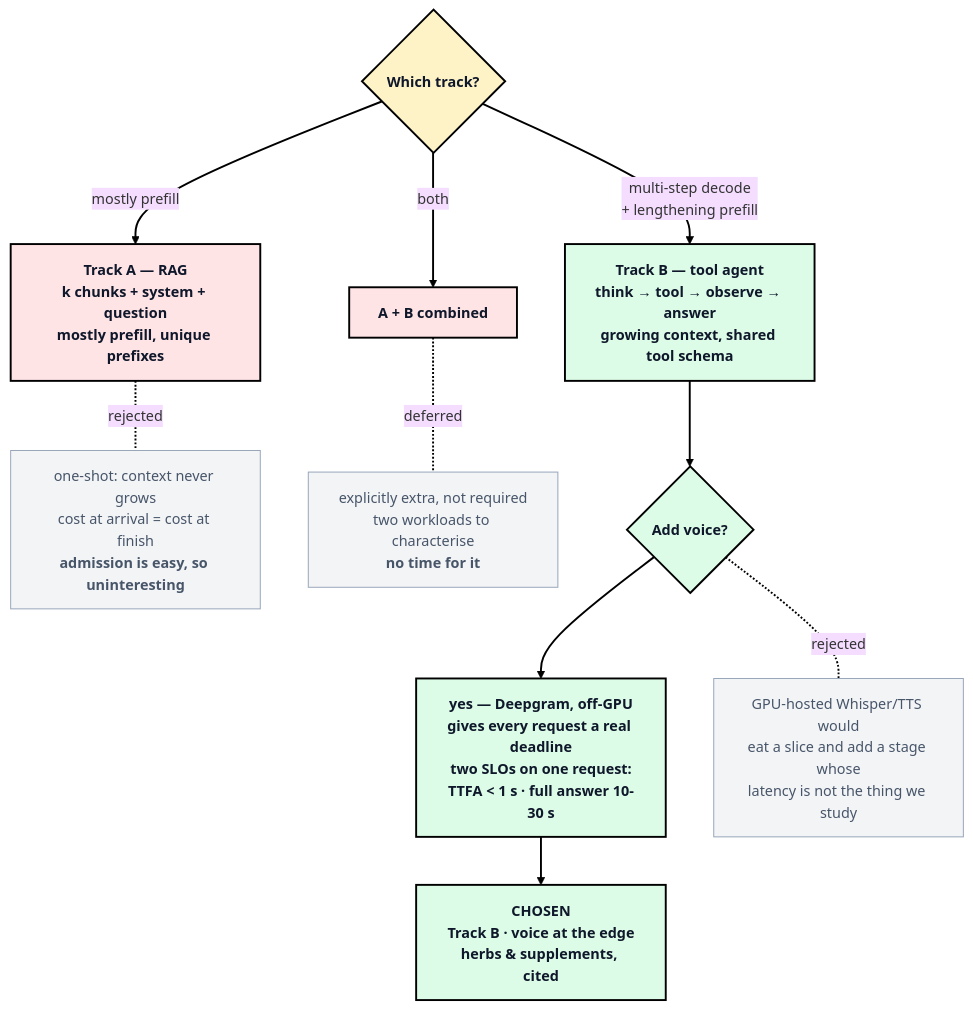
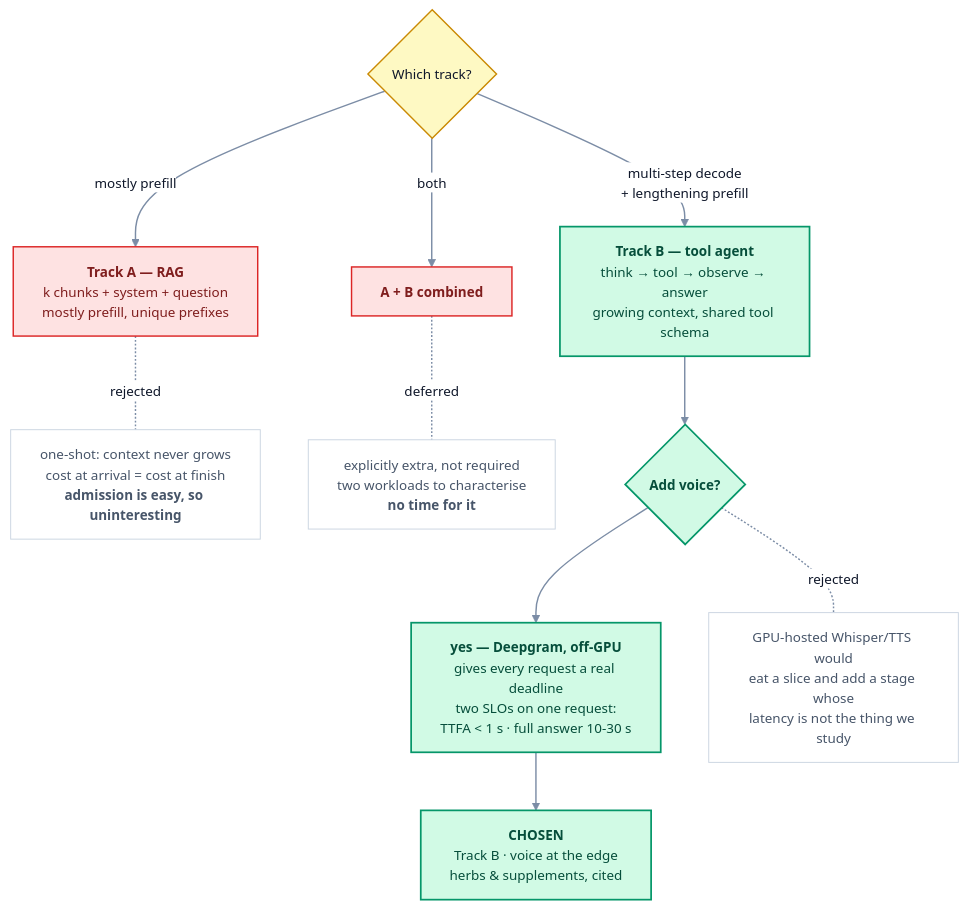
The second of 7 diagrams in SUBMISSION.md (harshuljain13/Dodona), drawn with Mermaid before and after one commit. The commit also changed other lines of this file and 15 other files, not shown here.

````diff
--- a/SUBMISSION.md
+++ b/SUBMISSION.md
@@ -210,36 +214,55 @@
 ```mermaid
-%%{init: {'theme':'base','themeVariables':{'fontFamily':'Inter, Segoe UI, Helvetica Neue, Arial, sans-serif','fontSize':'15px','lineColor':'#000000','clusterBkg':'#ffffff','clusterBorder':'#94a3b8'}}}%%
+%%{init: {'theme':'base','themeVariables':{
+  'fontFamily':'ui-sans-serif, -apple-system, Segoe UI, Inter, Helvetica, Arial, sans-serif','fontSize':'14px',
+  'primaryColor':'#eff6ff','primaryTextColor':'#0f172a','primaryBorderColor':'#94a3b8',
+  'secondaryColor':'#f1f5f9','tertiaryColor':'#f8fafc',
+  'lineColor':'#7c8da6','textColor':'#1e293b',
+  'clusterBkg':'#f8fafc','clusterBorder':'#cbd5e1',
+  'edgeLabelBackground':'#ffffff','nodeBorder':'#94a3b8'
+}}}%%
 flowchart TD
     Q{"Which track?"}
     A["<b>Track A — RAG</b><br/>k chunks + system + question<br/>mostly prefill, unique prefixes"]
     B["<b>Track B — tool agent</b><br/>think → tool → observe → answer<br/>growing context, shared tool schema"]
     AB["<b>A + B combined</b>"]
 
     AX["one-shot: context never grows<br/>cost at arrival = cost at finish<br/><b>admission is easy, so uninteresting</b>"]
     ABX["explicitly extra, not required<br/>two workloads to characterise<br/><b>no time for it</b>"]
 
     V{"<b>Add voice?</b>"}
     VY["<b>yes — Deepgram, off-GPU</b><br/>gives every request a real deadline<br/>two SLOs on one request:<br/>TTFA < 1 s · full answer 10-30 s"]
     VX["GPU-hosted Whisper/TTS would<br/>eat a slice and add a stage whose<br/>latency is not the thing we study"]
 
     FIN["<b>CHOSEN</b><br/>Track B · voice at the edge<br/>herbs &amp; supplements, cited"]
 
     Q -->|"mostly prefill"| A
     Q -->|"multi-step decode<br/>+ lengthening prefill"| B
     Q -->|"both"| AB
     A -.-|"rejected"| AX
     AB -.-|"deferred"| ABX
     B ==> V
     V ==> VY ==> FIN
     V -.-|"rejected"| VX
 
     class B,V,VY,FIN pick
     class Q gate
     class A,AB dead
     class AX,ABX,VX note
-    classDef pick fill:#dcfce7,stroke:#000000,stroke-width:2px,color:#0f172a,font-weight:bold
-    classDef gate fill:#fef3c7,stroke:#000000,stroke-width:2px,color:#0f172a,font-weight:bold
-    classDef dead fill:#ffe4e6,stroke:#000000,stroke-width:2px,color:#0f172a,font-weight:bold
-    classDef note fill:#f3f4f6,stroke:#94a3b8,stroke-width:1px,color:#475569
-    linkStyle default stroke:#000000,stroke-width:2px
+
+    classDef primary   fill:#dbeafe,stroke:#2563eb,stroke-width:1.5px,color:#0f172a
+    classDef secondary fill:#d1fae5,stroke:#059669,stroke-width:1.5px,color:#0f172a
+    classDef accent    fill:#ede9fe,stroke:#7c3aed,stroke-width:1.5px,color:#0f172a
+    classDef decision  fill:#fef9c3,stroke:#ca8a04,stroke-width:1.5px,color:#0f172a
+    classDef gate      fill:#fef9c3,stroke:#ca8a04,stroke-width:1.5px,color:#0f172a
+    classDef data      fill:#ffedd5,stroke:#ea580c,stroke-width:1.5px,color:#0f172a
+    classDef neutral   fill:#f1f5f9,stroke:#64748b,stroke-width:1.5px,color:#0f172a
+    classDef success   fill:#ccfbf1,stroke:#0d9488,stroke-width:1.5px,color:#0f172a
+    classDef out       fill:#ccfbf1,stroke:#0d9488,stroke-width:1.5px,color:#0f172a
+    classDef input     fill:#fce7f3,stroke:#db2777,stroke-width:1.5px,color:#0f172a
+    classDef highlight fill:#e0e7ff,stroke:#4f46e5,stroke-width:1.5px,color:#0f172a
+    classDef pick      fill:#d1fae5,stroke:#059669,stroke-width:1.8px,color:#064e3b
+    classDef alt       fill:#dbeafe,stroke:#2563eb,stroke-width:1.5px,color:#0f172a
+    classDef dead      fill:#fee2e2,stroke:#dc2626,stroke-width:1.5px,color:#7f1d1d
+    classDef note      fill:#ffffff,stroke:#cbd5e1,stroke-width:1px,color:#475569
+    linkStyle default stroke:#7c8da6,stroke-width:1.5px
 ```
````
